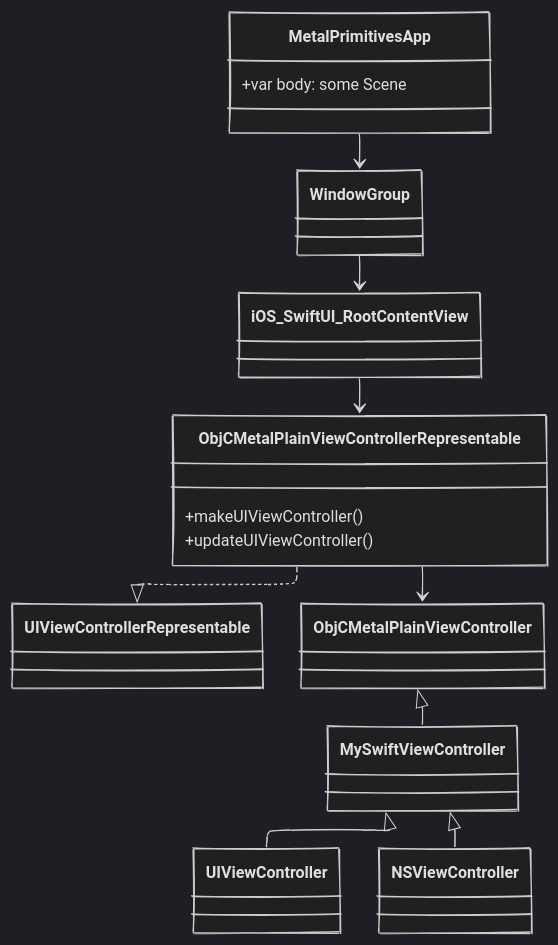
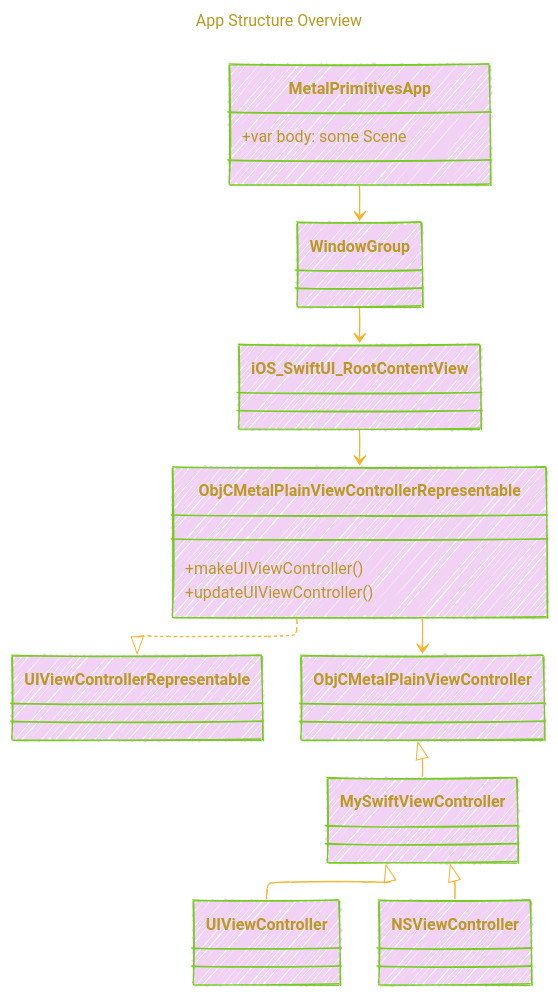
One commit to CongLeSolutionX/Metal-Primitives changed the second of 26 diagrams in DOCUMENTATIONS/Documentation.md. Above: the diagram before and after it, drawn with Mermaid. The commit also changed other lines of this file, not shown here.

````diff
--- a/DOCUMENTATIONS/Documentation.md
+++ b/DOCUMENTATIONS/Documentation.md
@@ -141,34 +141,48 @@
 ```mermaid
 ---
+title: "App Structure Overview"
 config:
   layout: elk
   look: handDrawn
-  theme: dark
+  theme: base
 ---
+%%%%%%%% Mermaid version v11.4.1-b.14
+%%{
+  init: {
+    "classDiagram": { "htmlLabels": false },
+    'fontFamily': 'Fantasy',
+    'themeVariables': {
+      'primaryColor': '#B2C3',
+      'primaryTextColor': '#B92',
+      'primaryBorderColor': '#7c2',
+      'lineColor': '#F8B229'
+    }
+  }
+}%%
 classDiagram
     %% Main App Entry Point
     class MetalPrimitivesApp {
         +var body: some Scene
     }
     MetalPrimitivesApp --> WindowGroup
 
     %% SwiftUI Views
     WindowGroup --> iOS_SwiftUI_RootContentView
     iOS_SwiftUI_RootContentView --> ObjCMetalPlainViewControllerRepresentable
 
     %% UIViewControllerRepresentable Wrapper
     class ObjCMetalPlainViewControllerRepresentable {
         +makeUIViewController()
         +updateUIViewController()
     }
     ObjCMetalPlainViewControllerRepresentable ..|> UIViewControllerRepresentable
 
     %% UIKit View Controllers
     ObjCMetalPlainViewControllerRepresentable --> ObjCMetalPlainViewController
 
     %% Typealiases and Base Classes
     class MySwiftViewController
     MySwiftViewController <|-- UIViewController
     MySwiftViewController <|-- NSViewController
     ObjCMetalPlainViewController <|-- MySwiftViewController
 ```
````
